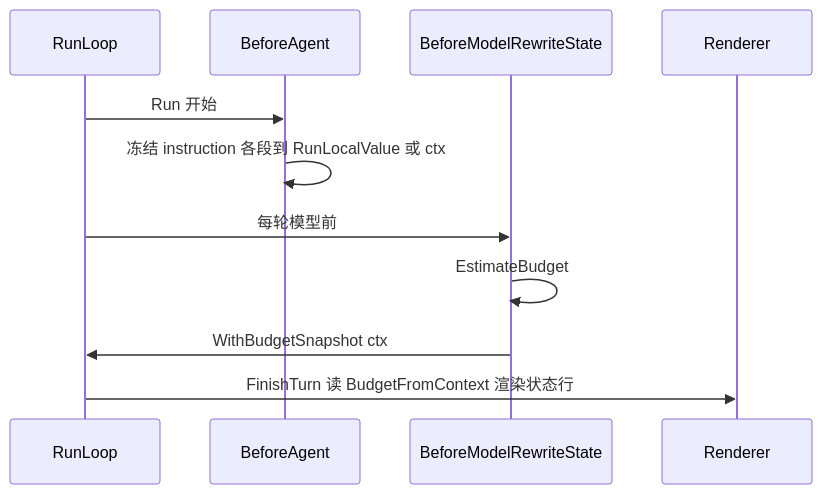
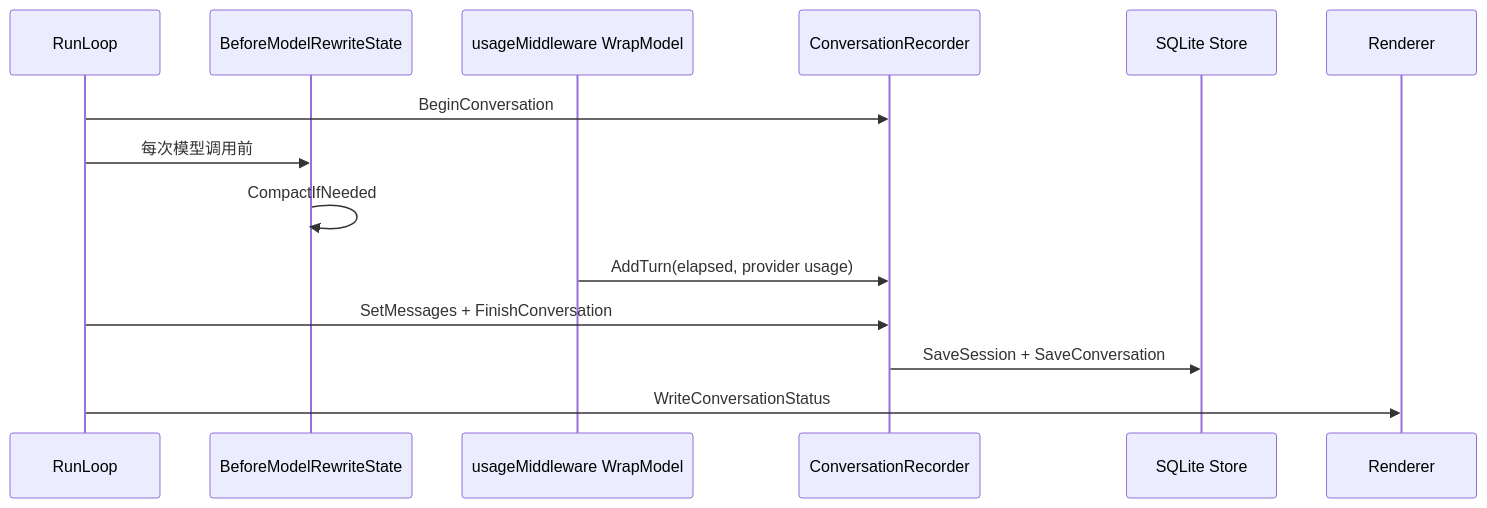
Before and after one commit to HappyLadySauce/HappyLadySauceCLI: the third of 4 diagrams in docs/context/fine-grained-context-architecture.md, drawn with Mermaid. The commit also changed other lines of this file and 26 other files, not shown here.

````diff
--- a/docs/context/fine-grained-context-architecture.md
+++ b/docs/context/fine-grained-context-architecture.md
@@ -185,14 +185,17 @@
 ```mermaid
 sequenceDiagram
     participant RL as RunLoop
-    participant BA as BeforeAgent
     participant BMR as BeforeModelRewriteState
+    participant WM as usageMiddleware WrapModel
+    participant CR as ConversationRecorder
+    participant DB as SQLite Store
     participant R as Renderer
 
-    RL->>BA: Run 开始
-    BA->>BA: 冻结 instruction 各段到 RunLocalValue 或 ctx
-    RL->>BMR: 每轮模型前
-    BMR->>BMR: EstimateBudget
-    BMR->>RL: WithBudgetSnapshot ctx
-    RL->>R: FinishTurn 读 BudgetFromContext 渲染状态行
+    RL->>CR: BeginConversation
+    RL->>BMR: 每次模型调用前
+    BMR->>BMR: CompactIfNeeded
+    WM->>CR: AddTurn(elapsed, provider usage)
+    RL->>CR: SetMessages + FinishConversation
+    CR->>DB: SaveSession + SaveConversation
+    RL->>R: WriteConversationStatus
 ```
````
